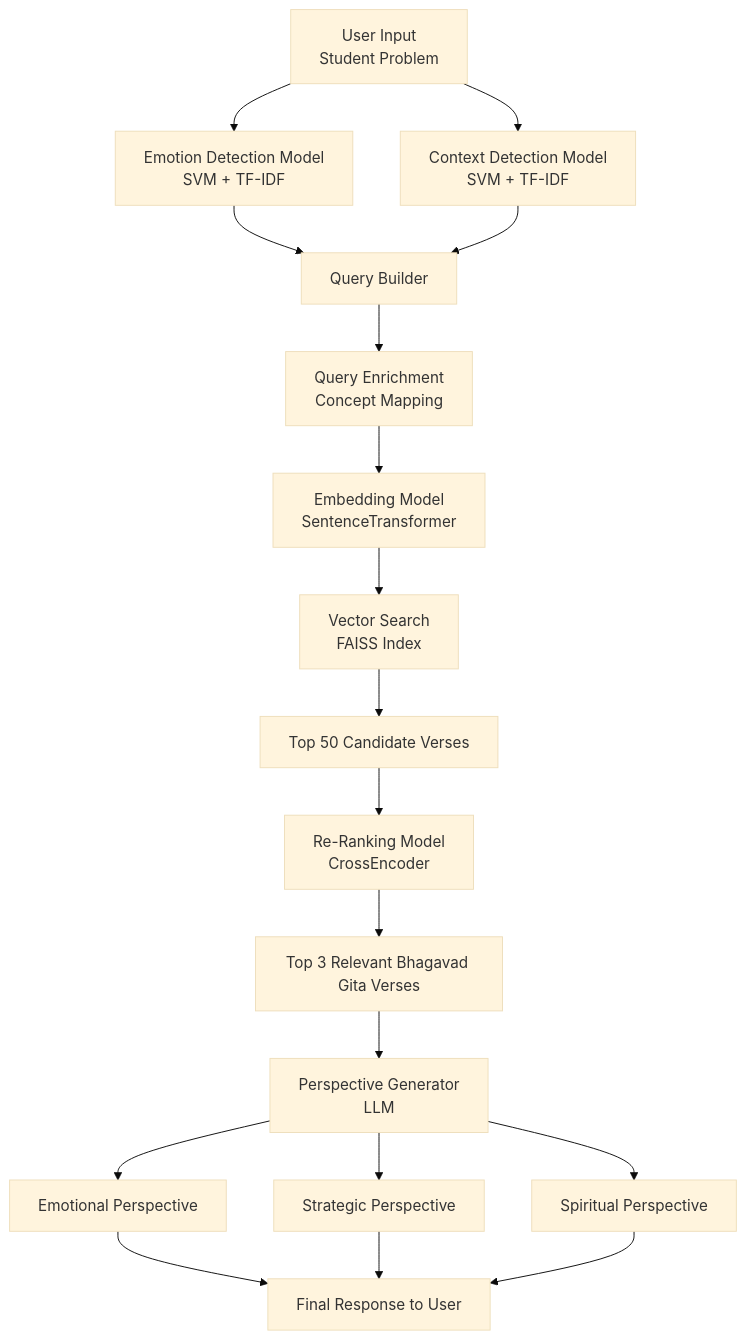
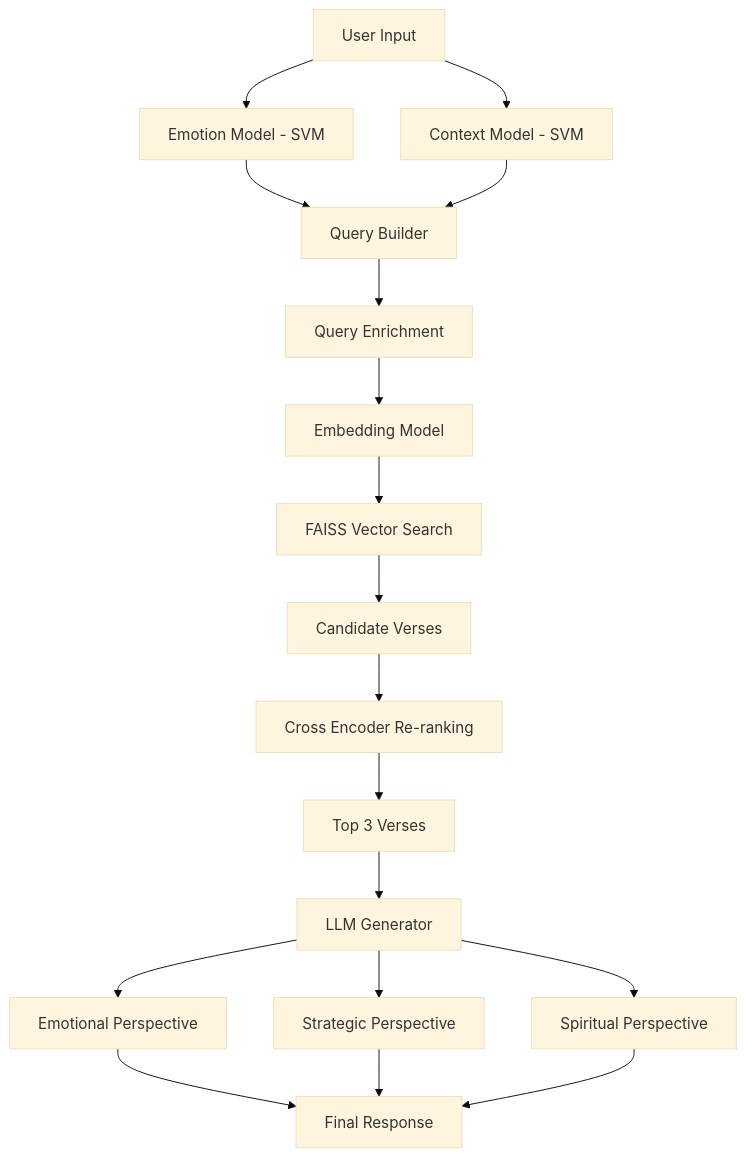
The diagram in README.md (Yash-Lade/Krishnas-Lens), drawn with Mermaid (base theme) before and after one commit. The commit also changed other lines of this file, not shown here.

````diff
--- a/README.md
+++ b/README.md
@@ -8,34 +222,32 @@
 ```mermaid
 flowchart TD
 
-A[User Input<br>Student Problem] --> B[Emotion Detection Model<br>SVM + TF-IDF]
-
-A --> C[Context Detection Model<br>SVM + TF-IDF]
+A[User Input] --> B[Emotion Model - SVM]
+A --> C[Context Model - SVM]
 
 B --> D[Query Builder]
 C --> D
 
-D --> E[Query Enrichment<br>Concept Mapping]
+D --> E[Query Enrichment]
 
-E --> F[Embedding Model<br>SentenceTransformer]
+E --> F[Embedding Model]
 
-F --> G[Vector Search<br>FAISS Index]
+F --> G[FAISS Vector Search]
 
-G --> H[Top 50 Candidate Verses]
+G --> H[Candidate Verses]
 
-H --> I[Re-Ranking Model<br>CrossEncoder]
+H --> I[Cross Encoder Re-ranking]
 
-I --> J[Top 3 Relevant Bhagavad Gita Verses]
+I --> J[Top 3 Verses]
 
-J --> K[Perspective Generator<br>LLM]
+J --> K[LLM Generator]
 
 K --> L[Emotional Perspective]
-
 K --> M[Strategic Perspective]
-
 K --> N[Spiritual Perspective]
 
-L --> O[Final Response to User]
+L --> O[Final Response]
 M --> O
 N --> O
+
 ```
````
